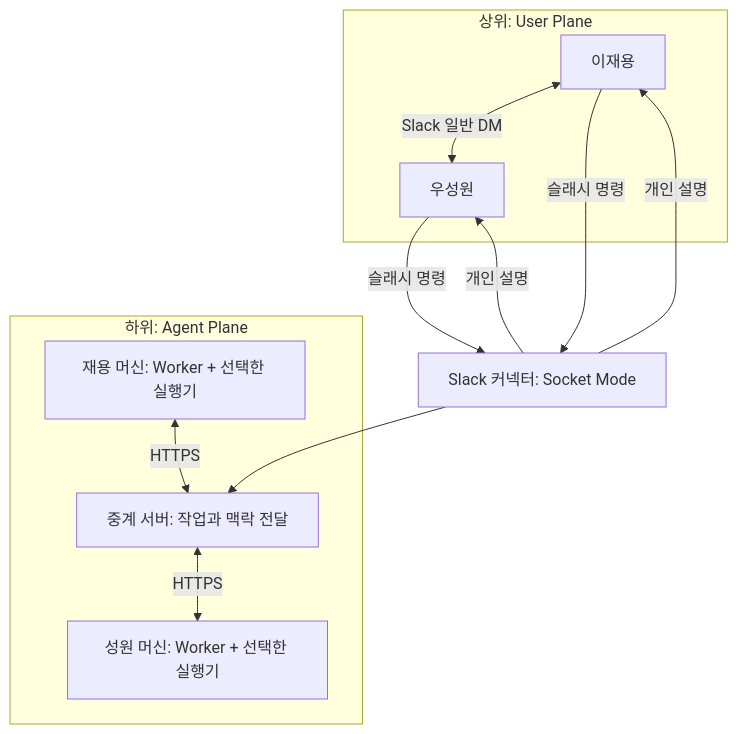
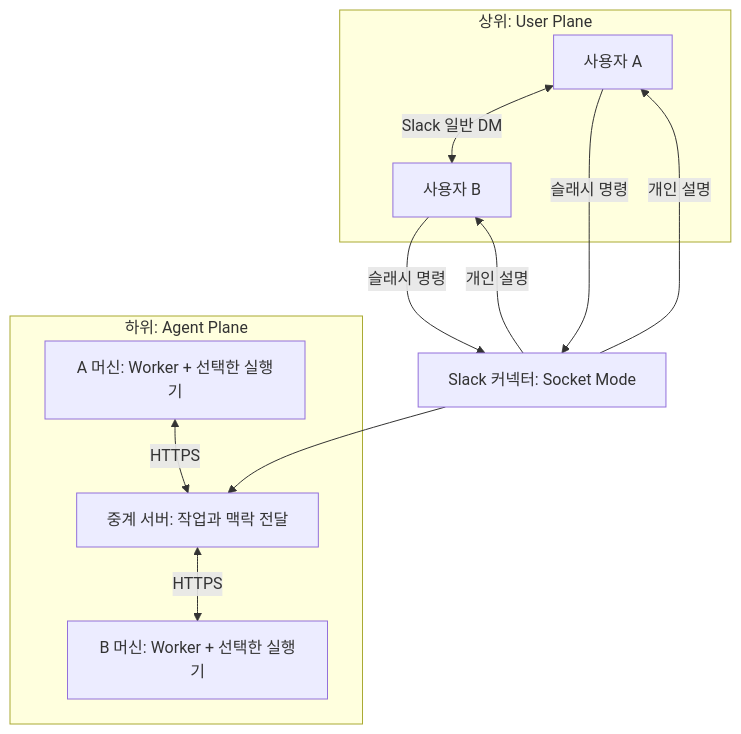
Before and after one commit to vpfkfl753/ict_aws: the diagram in docs/DEVELOPER_GUIDE.md, drawn with Mermaid. The commit also changed other lines of this file and 29 other files, not shown here.

````diff
--- a/docs/DEVELOPER_GUIDE.md
+++ b/docs/DEVELOPER_GUIDE.md
@@ -33,15 +18,15 @@
 ```mermaid
 flowchart TB
   subgraph user[상위: User Plane]
-    A[이재용] <-->|Slack 일반 DM| B[우성원]
+    A[사용자 A] <-->|Slack 일반 DM| B[사용자 B]
   end
   subgraph agent[하위: Agent Plane]
-    WA[재용 머신: Worker + 선택한 실행기] <-->|HTTPS| R[중계 서버: 작업과 맥락 전달]
-    R <-->|HTTPS| WB[성원 머신: Worker + 선택한 실행기]
+    WA[A 머신: Worker + 선택한 실행기] <-->|HTTPS| R[중계 서버: 작업과 맥락 전달]
+    R <-->|HTTPS| WB[B 머신: Worker + 선택한 실행기]
   end
   S[Slack 커넥터: Socket Mode] --> R
   A -->|슬래시 명령| S
   B -->|슬래시 명령| S
   S -->|개인 설명| A
   S -->|개인 설명| B
 ```
````
